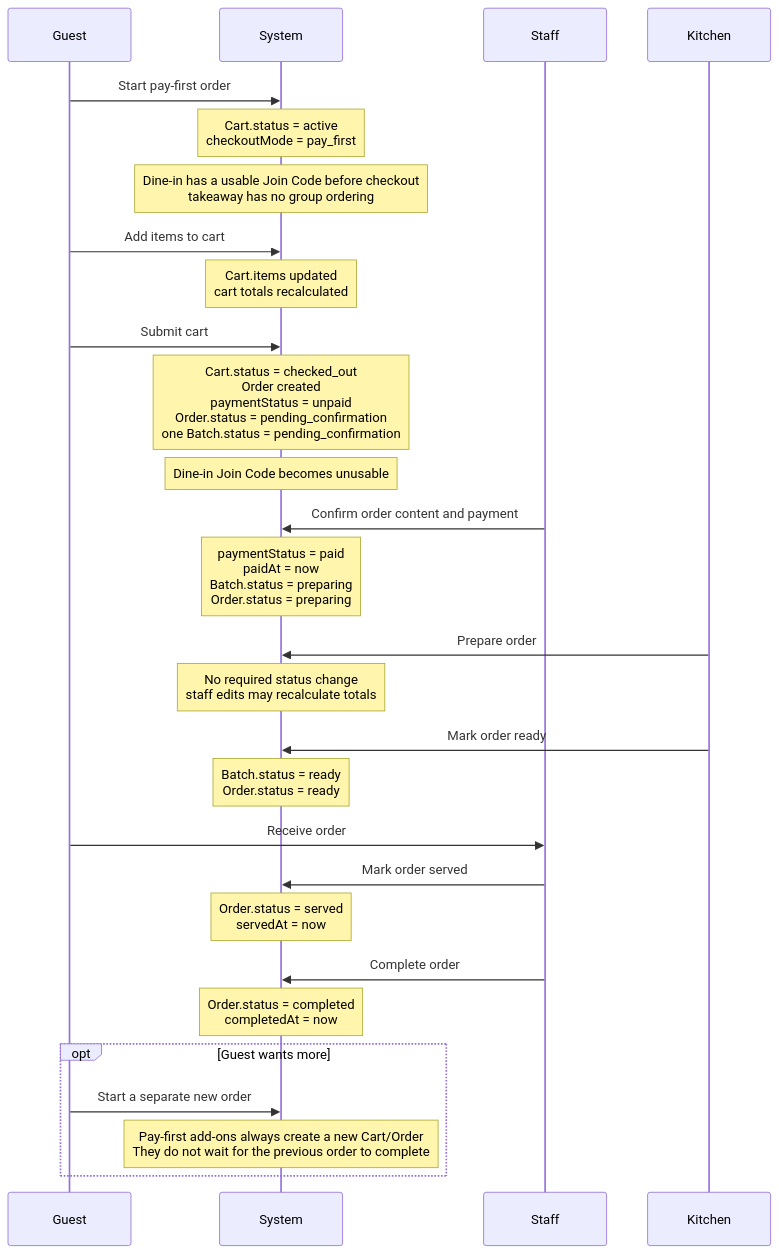
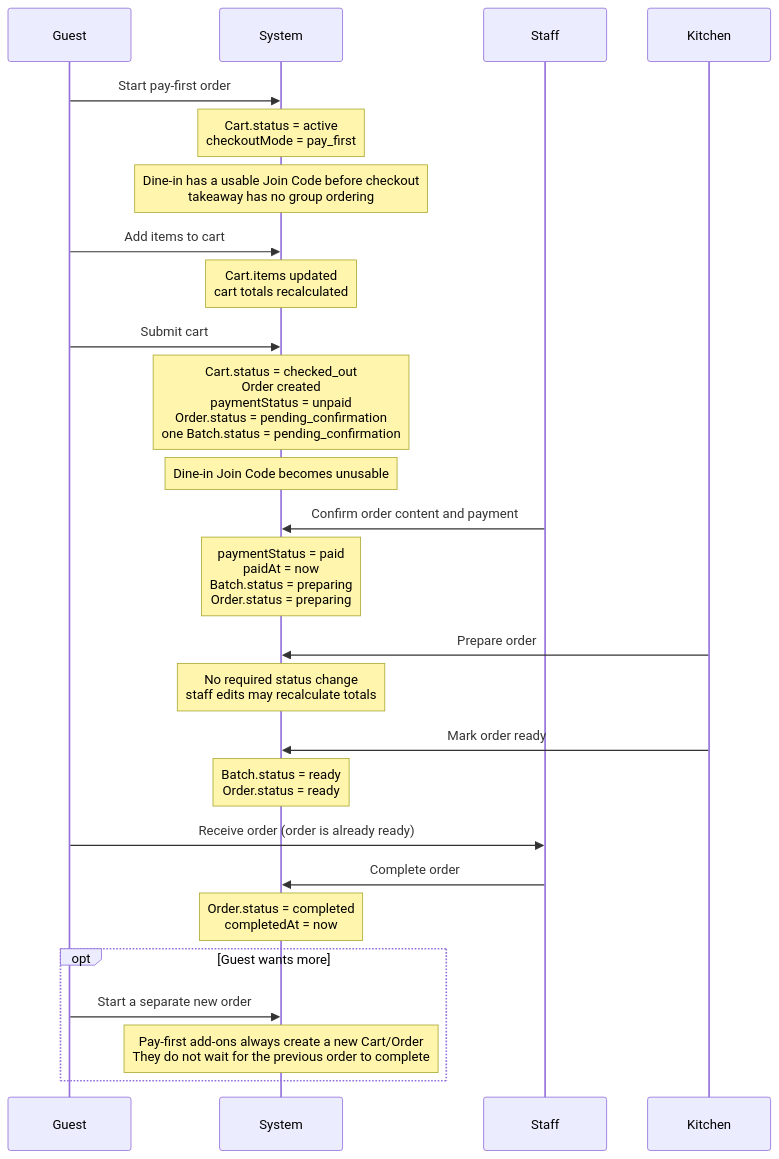
The second of 3 diagrams in docs/features/ordering-flow.md (hyh009/ordering-platform), drawn with Mermaid before and after one commit. The commit also changed other lines of this file and 19 other files, not shown here.

````diff
--- a/docs/features/ordering-flow.md
+++ b/docs/features/ordering-flow.md
@@ -43,39 +43,36 @@
 ```mermaid
 sequenceDiagram
   participant Guest
   participant System
   participant Staff
   participant Kitchen
 
   Guest->>System: Start pay-first order
   Note over System: Cart.status = active<br/>checkoutMode = pay_first
   Note over System: Dine-in has a usable Join Code before checkout<br/>takeaway has no group ordering
 
   Guest->>System: Add items to cart
   Note over System: Cart.items updated<br/>cart totals recalculated
 
   Guest->>System: Submit cart
   Note over System: Cart.status = checked_out<br/>Order created<br/>paymentStatus = unpaid<br/>Order.status = pending_confirmation<br/>one Batch.status = pending_confirmation
   Note over System: Dine-in Join Code becomes unusable
 
   Staff->>System: Confirm order content and payment
   Note over System: paymentStatus = paid<br/>paidAt = now<br/>Batch.status = preparing<br/>Order.status = preparing
 
   Kitchen->>System: Prepare order
   Note over System: No required status change<br/>staff edits may recalculate totals
 
   Kitchen->>System: Mark order ready
   Note over System: Batch.status = ready<br/>Order.status = ready
 
-  Guest->>Staff: Receive order
-  Staff->>System: Mark order served
-  Note over System: Order.status = served<br/>servedAt = now
-
+  Guest->>Staff: Receive order (order is already ready)
   Staff->>System: Complete order
   Note over System: Order.status = completed<br/>completedAt = now
 
   opt Guest wants more
     Guest->>System: Start a separate new order
     Note over System: Pay-first add-ons always create a new Cart/Order<br/>They do not wait for the previous order to complete
   end
 ```
````
